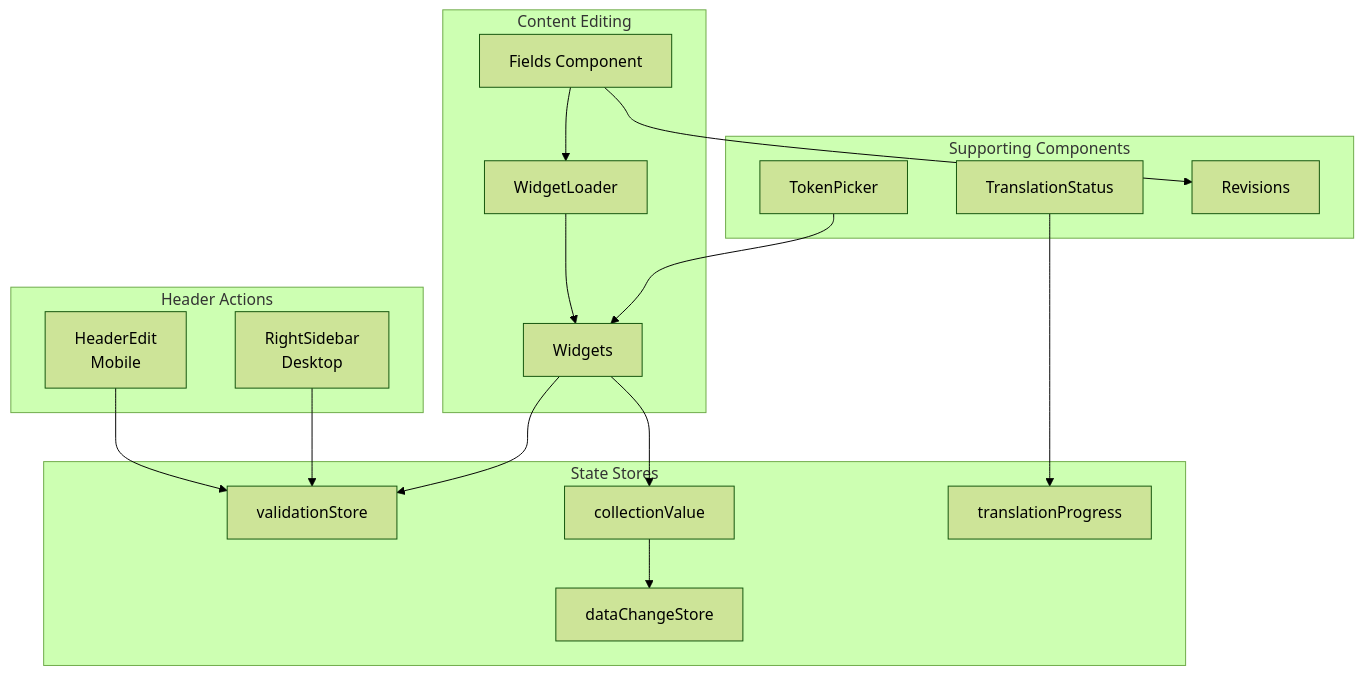
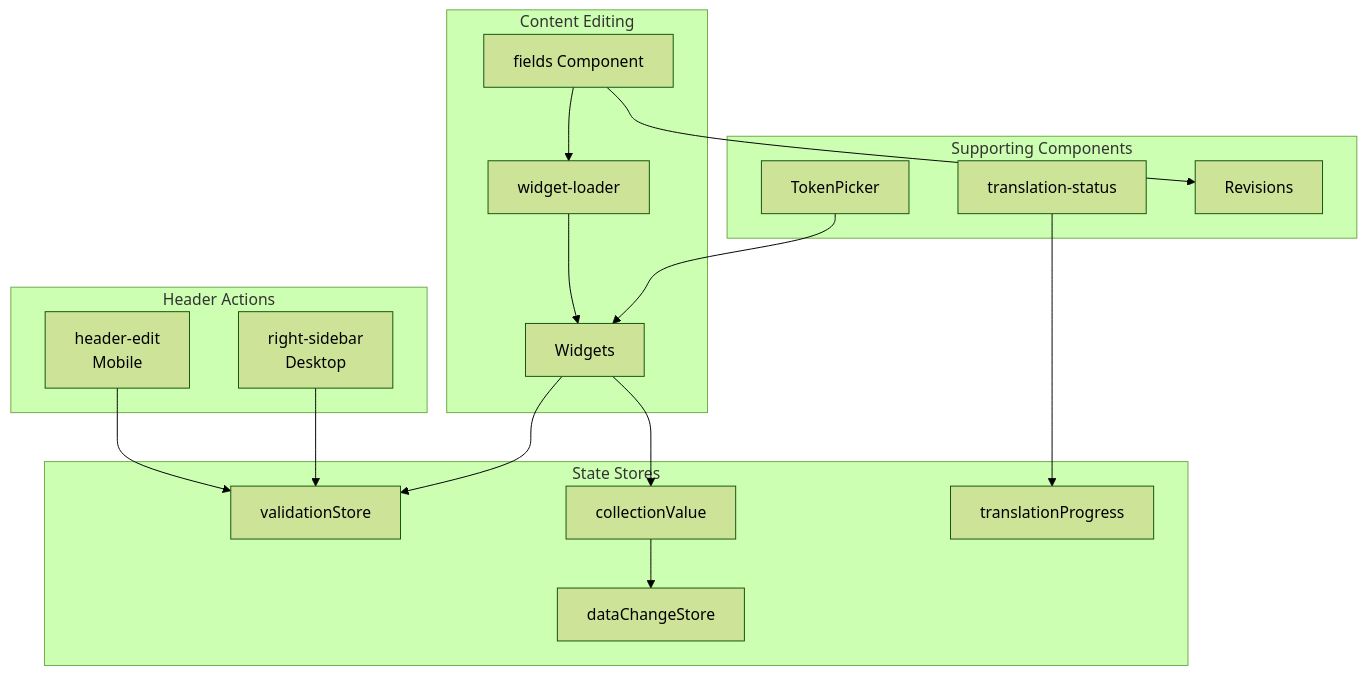
Before and after one commit to SveltyCMS/SveltyCMS: the first of 6 diagrams in docs/architecture/components/Fields.mdx, drawn with Mermaid (forest theme). The commit also changed other lines of this file and 353 other files, not shown here.

````diff
--- a/docs/architecture/components/Fields.mdx
+++ b/docs/architecture/components/Fields.mdx
@@ -28,37 +28,37 @@
 ```mermaid
 flowchart TB
     subgraph Header["Header Actions"]
-        HE[HeaderEdit<br/>Mobile]
-        RS[RightSidebar<br/>Desktop]
+        HE[header-edit<br/>Mobile]
+        RS[right-sidebar<br/>Desktop]
     end
 
     subgraph Content["Content Editing"]
-        F[Fields Component]
-        WL[WidgetLoader]
+        F[fields Component]
+        WL[widget-loader]
         W[Widgets]
     end
 
     subgraph Support["Supporting Components"]
-        TS[TranslationStatus]
+        TS[translation-status]
         TP[TokenPicker]
         REV[Revisions]
     end
 
     subgraph Stores["State Stores"]
         VS[validationStore]
         CV[collectionValue]
         DC[dataChangeStore]
         TRP[translationProgress]
     end
 
     HE --> VS
     RS --> VS
     F --> WL
     WL --> W
     W --> CV
     W --> VS
     F --> REV
     TS --> TRP
     TP --> W
     CV --> DC
 ```
````
